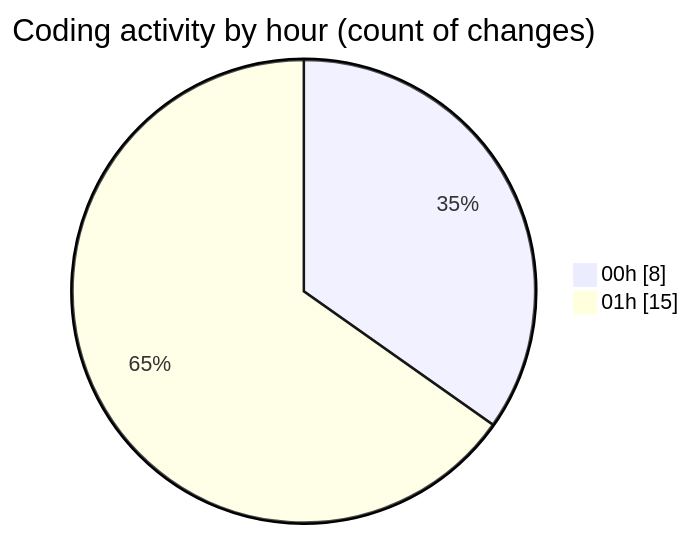
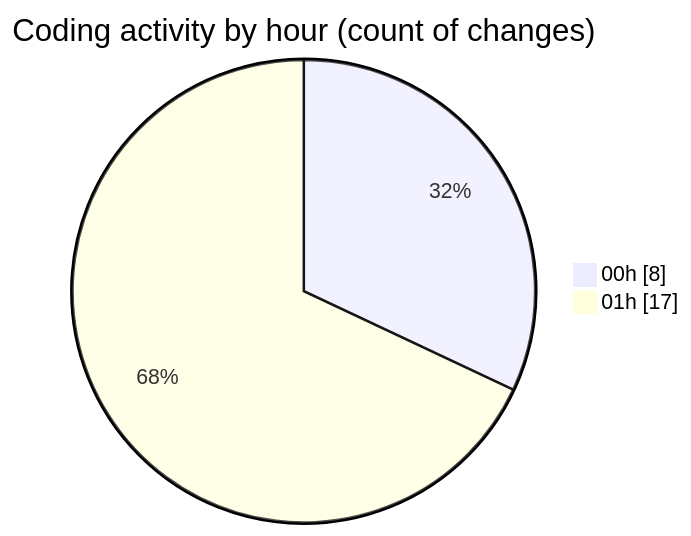
The second of 2 diagrams in 2025-05-02/niten/README.md (Elitesun/code-tracking), drawn with Mermaid before and after one commit. The commit also changed other lines of this file and 1 other file, not shown here.

````diff
--- a/2025-05-02/niten/README.md
+++ b/2025-05-02/niten/README.md
@@ -40,6 +40,6 @@
 ```mermaid
 pie showData
 title Coding activity by hour (count of changes)
 "00h" : 8
-"01h" : 15
+"01h" : 17
 ```
````
